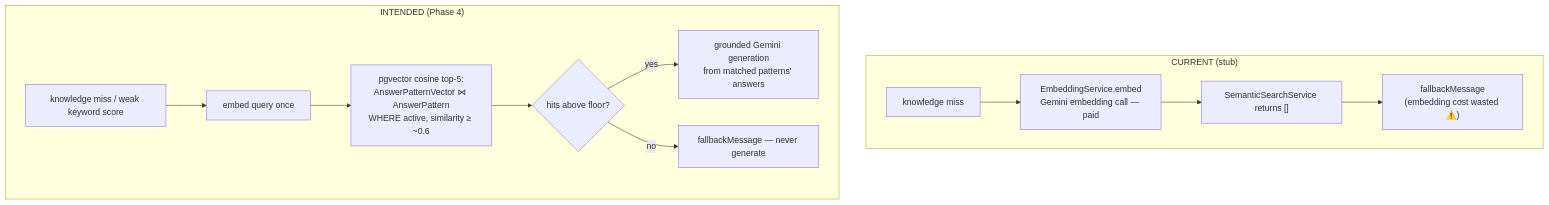
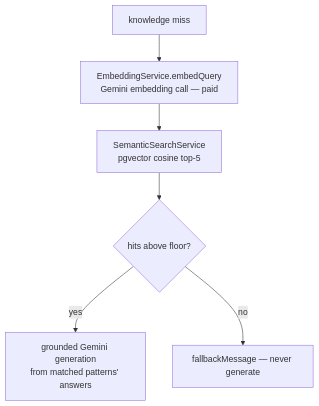
One commit to Codeine999/chatbot-agents changed the fifth of 7 diagrams in docs/service-flow.md. Above: the diagram before and after it, drawn with Mermaid. The commit also changed other lines of this file and 15 other files, not shown here.

````diff
--- a/docs/service-flow.md
+++ b/docs/service-flow.md
@@ -153,15 +154,8 @@
 ```mermaid
 flowchart TD
-    subgraph CUR["CURRENT (stub)"]
-        A1["knowledge miss"] --> A2["EmbeddingService.embed<br/>Gemini embedding call — paid"]
-        A2 --> A3["SemanticSearchService returns []"]
-        A3 --> A4["fallbackMessage<br/>(embedding cost wasted ⚠️)"]
-    end
-    subgraph TGT["INTENDED (Phase 4)"]
-        B1["knowledge miss / weak keyword score"] --> B2["embed query once"]
-        B2 --> B3["pgvector cosine top-5:<br/>AnswerPatternVector ⋈ AnswerPattern<br/>WHERE active, similarity ≥ ~0.6"]
-        B3 --> B4{"hits above floor?"}
-        B4 -- yes --> B5["grounded Gemini generation<br/>from matched patterns' answers"]
-        B4 -- no --> B6["fallbackMessage — never generate"]
-    end
+    A1["knowledge miss"] --> A2["EmbeddingService.embedQuery<br/>Gemini embedding call — paid"]
+    A2 --> A3["SemanticSearchService<br/>pgvector cosine top-5"]
+    A3 --> A4{"hits above floor?"}
+    A4 -- yes --> A5["grounded Gemini generation<br/>from matched patterns' answers"]
+    A4 -- no --> A6["fallbackMessage — never generate"]
 ```
````
